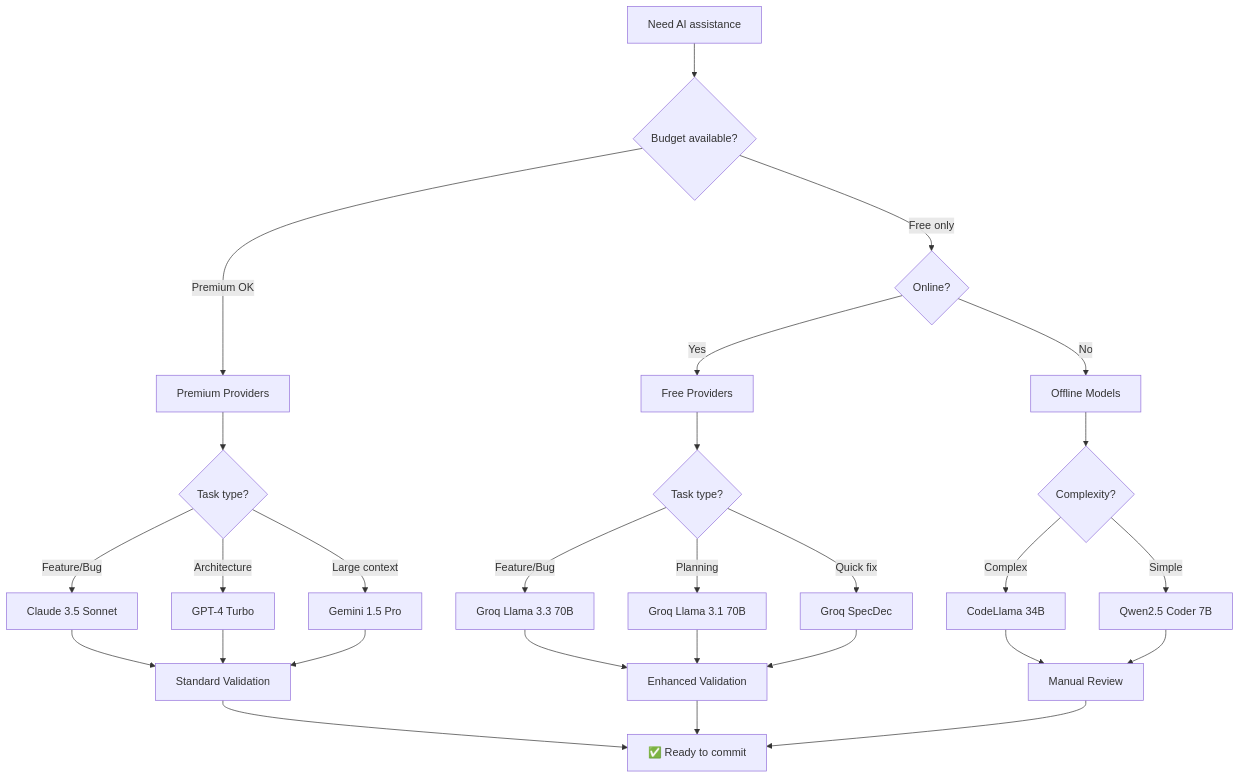
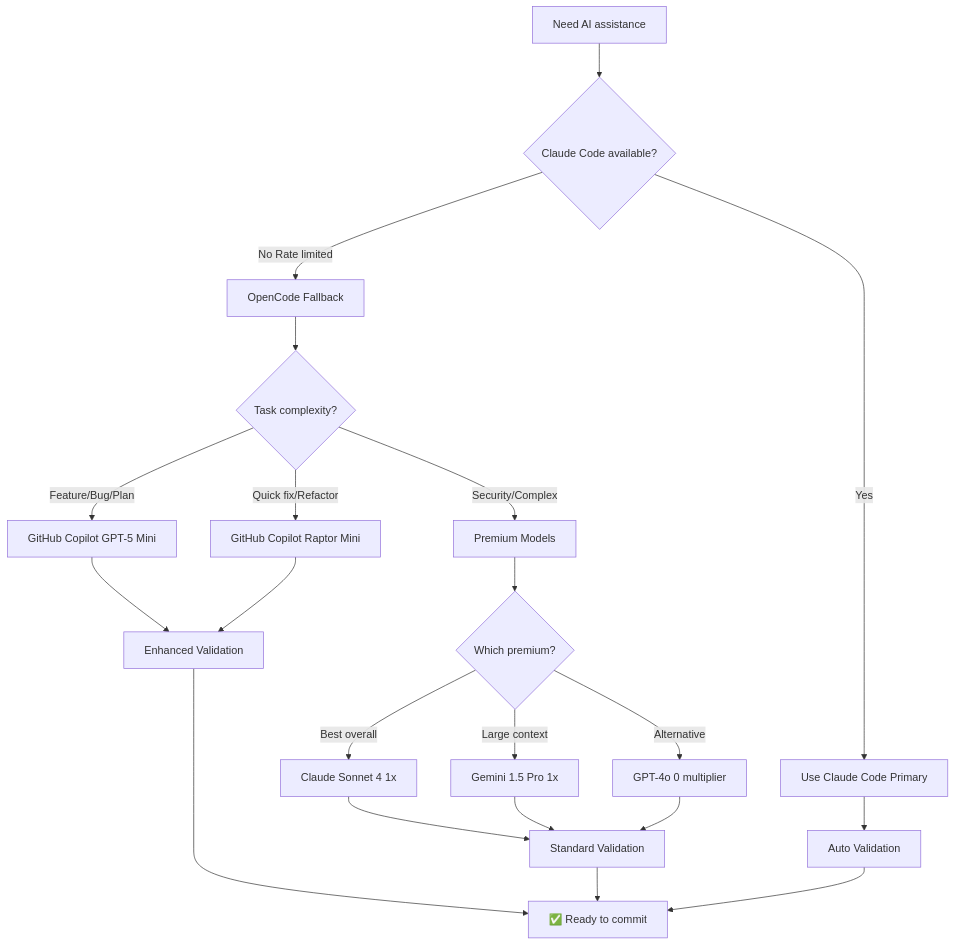
Before and after one commit to dcyfr/dcyfr-labs: the diagram in .opencode/patterns/PROVIDER_SELECTION.md, drawn with Mermaid. The commit also changed other lines of this file and 20 other files, not shown here.

First line of the commit message:
feat(opencode): migrate from Groq/Ollama to GitHub Copilot (v2.0.0)

````diff
--- a/.opencode/patterns/PROVIDER_SELECTION.md
+++ b/.opencode/patterns/PROVIDER_SELECTION.md
@@ -13,37 +13,31 @@
 ```mermaid
 graph TD
-    Start[Need AI assistance] --> Budget{Budget available?}
+    Start[Need AI assistance] --> InClaude{Claude Code available?}
     
-    Budget -->|Premium OK| Premium[Premium Providers]
-    Premium --> PremTask{Task type?}
-    PremTask -->|Feature/Bug| Claude[Claude 3.5 Sonnet]
-    PremTask -->|Architecture| GPT4[GPT-4 Turbo]
-    PremTask -->|Large context| Gemini[Gemini 1.5 Pro]
+    InClaude -->|Yes| ClaudeCode[Use Claude Code Primary]
+    InClaude -->|No Rate limited| OpenCode[OpenCode Fallback]
     
-    Budget -->|Free only| Online{Online?}
-    Online -->|Yes| Free[Free Providers]
-    Free --> FreeTask{Task type?}
-    FreeTask -->|Feature/Bug| Groq70B[Groq Llama 3.3 70B]
-    FreeTask -->|Planning| Groq31[Groq Llama 3.1 70B]
-    FreeTask -->|Quick fix| GroqSpec[Groq SpecDec]
+    OpenCode --> Task{Task complexity?}
     
-    Online -->|No| Offline[Offline Models]
-    Offline --> OffTask{Complexity?}
-    OffTask -->|Complex| CodeLlama[CodeLlama 34B]
-    OffTask -->|Simple| Qwen[Qwen2.5 Coder 7B]
+    Task -->|Feature/Bug/Plan| GPT5[GitHub Copilot GPT-5 Mini]
+    Task -->|Quick fix/Refactor| Raptor[GitHub Copilot Raptor Mini]
+    Task -->|Security/Complex| Premium[Premium Models]
     
-    Claude --> StdVal[Standard Validation]
+    Premium --> PremChoice{Which premium?}
+    PremChoice -->|Best overall| ClaudeS[Claude Sonnet 4 1x]
+    PremChoice -->|Large context| Gemini[Gemini 1.5 Pro 1x]
+    PremChoice -->|Alternative| GPT4[GPT-4o 0 multiplier]
+    
+    GPT5 --> Val[Enhanced Validation]
+    Raptor --> Val
+    
+    ClaudeS --> StdVal[Standard Validation]
+    Gemini --> StdVal
     GPT4 --> StdVal
-    Gemini --> StdVal
     
-    Groq70B --> EnhVal[Enhanced Validation]
-    Groq31 --> EnhVal
-    GroqSpec --> EnhVal
+    ClaudeCode --> Auto[Auto Validation]
     
-    CodeLlama --> Manual[Manual Review]
-    Qwen --> Manual
-    
-    StdVal --> Complete[✅ Ready to commit]
-    EnhVal --> Complete
-    Manual --> Complete
+    Val --> Complete[✅ Ready to commit]
+    StdVal --> Complete
+    Auto --> Complete
 ```
````
